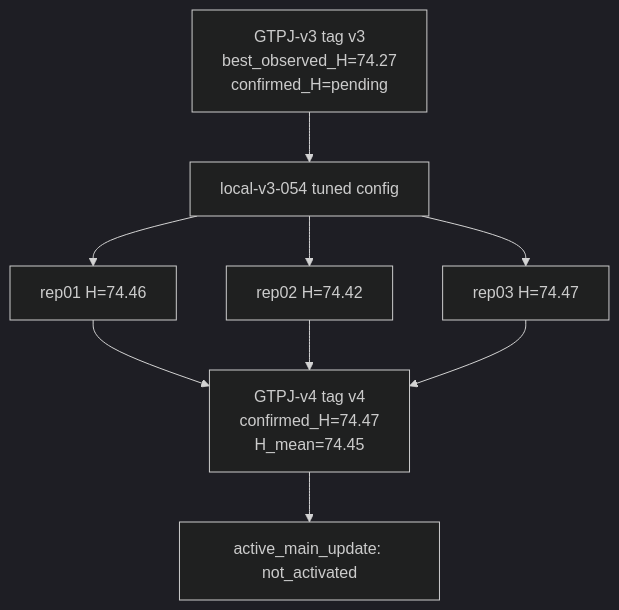
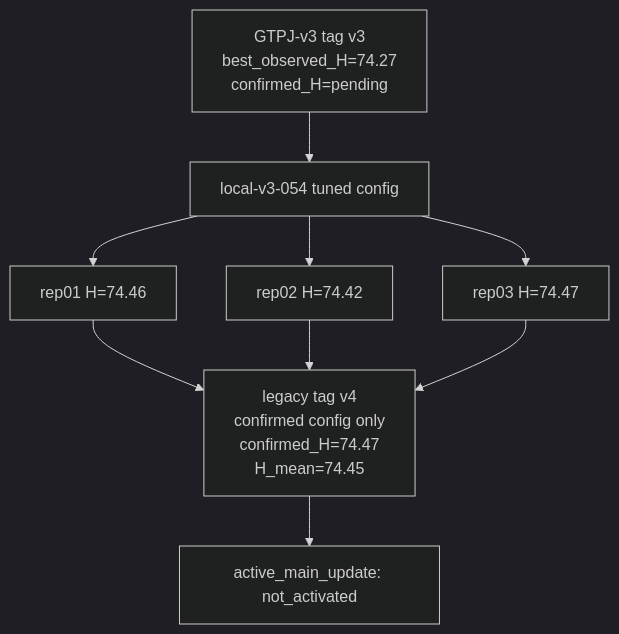
One commit to GetlotMoney/GTPJ changed the diagram in experiments/v4/VERSION.md. Above: the diagram before and after it, drawn with Mermaid (dark theme). The commit also changed other lines of this file and 46 other files, not shown here.

````diff
--- a/experiments/v4/VERSION.md
+++ b/experiments/v4/VERSION.md
@@ -79,11 +79,11 @@
 ```mermaid
 flowchart TD
   V3["GTPJ-v3 tag v3<br/>best_observed_H=74.27<br/>confirmed_H=pending"] --> Tune["local-v3-054 tuned config"]
   Tune --> R1["rep01 H=74.46"]
   Tune --> R2["rep02 H=74.42"]
   Tune --> R3["rep03 H=74.47"]
-  R1 --> V4["GTPJ-v4 tag v4<br/>confirmed_H=74.47<br/>H_mean=74.45"]
+  R1 --> V4["legacy tag v4<br/>confirmed config only<br/>confirmed_H=74.47<br/>H_mean=74.45"]
   R2 --> V4
   R3 --> V4
   V4 --> Active["active_main_update: not_activated"]
 ```
````
